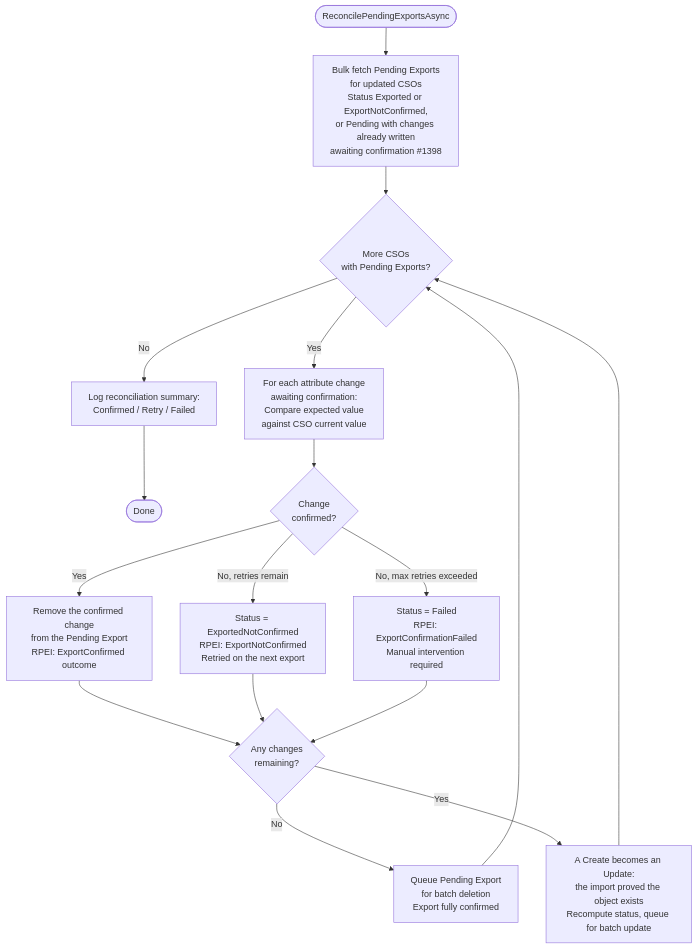
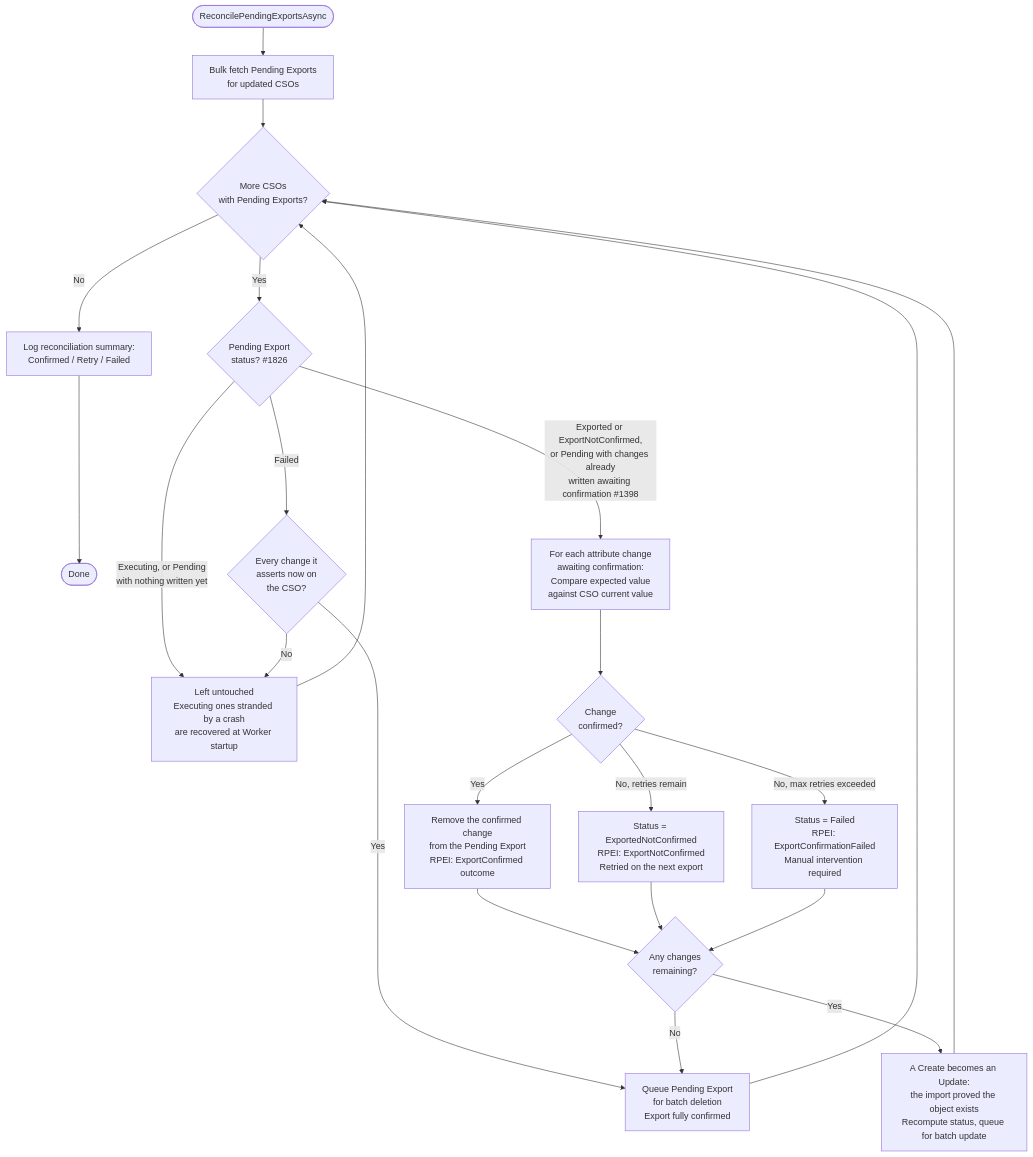
The sixth of 6 diagrams in docs/developer/diagrams/FULL_IMPORT_FLOW.md (TetronIO/JIM), drawn with Mermaid before and after one commit. The commit also changed other lines of this file and 28 other files, not shown here.

First line of the commit message:
docs: update documentation and diagrams for v0.16.0 release

````diff
--- a/docs/developer/diagrams/FULL_IMPORT_FLOW.md
+++ b/docs/developer/diagrams/FULL_IMPORT_FLOW.md
@@ -238,22 +244,28 @@
 ```mermaid
 flowchart TD
-    Start([ReconcilePendingExportsAsync]) --> LoadPE[Bulk fetch Pending Exports<br/>for updated CSOs<br/>Status Exported or ExportNotConfirmed,<br/>or Pending with changes already written<br/>awaiting confirmation #1398]
+    Start([ReconcilePendingExportsAsync]) --> LoadPE[Bulk fetch Pending Exports<br/>for updated CSOs]
     LoadPE --> Loop{More CSOs<br/>with Pending Exports?}
     Loop -->|No| Summary[Log reconciliation summary:<br/>Confirmed / Retry / Failed]
     Summary --> Done([Done])
 
-    Loop -->|Yes| Compare[For each attribute change<br/>awaiting confirmation:<br/>Compare expected value<br/>against CSO current value]
+    Loop -->|Yes| StatusGate{Pending Export<br/>status? #1826}
+    StatusGate -->|Executing, or Pending<br/>with nothing written yet| Untouched[Left untouched<br/>Executing ones stranded by a crash<br/>are recovered at Worker startup]
+    Untouched --> Loop
+    StatusGate -->|Failed| FailedCheck{Every change it<br/>asserts now on<br/>the CSO?}
+    FailedCheck -->|Yes| Delete
+    FailedCheck -->|No| Untouched
+    StatusGate -->|Exported or ExportNotConfirmed,<br/>or Pending with changes already<br/>written awaiting confirmation #1398| Compare[For each attribute change<br/>awaiting confirmation:<br/>Compare expected value<br/>against CSO current value]
     Compare --> PerChange{Change<br/>confirmed?}
     PerChange -->|Yes| RemoveConfirmed[Remove the confirmed change<br/>from the Pending Export<br/>RPEI: ExportConfirmed outcome]
     PerChange -->|No, retries remain| Retry[Status = ExportedNotConfirmed<br/>RPEI: ExportNotConfirmed<br/>Retried on the next export]
     PerChange -->|No, max retries exceeded| PermanentFail[Status = Failed<br/>RPEI: ExportConfirmationFailed<br/>Manual intervention required]
 
     RemoveConfirmed --> Remaining{Any changes<br/>remaining?}
     Retry --> Remaining
     PermanentFail --> Remaining
     Remaining -->|No| Delete[Queue Pending Export<br/>for batch deletion<br/>Export fully confirmed]
     Remaining -->|Yes| Update[A Create becomes an Update:<br/>the import proved the object exists<br/>Recompute status, queue for batch update]
 
     Delete --> Loop
     Update --> Loop
 ```
````
